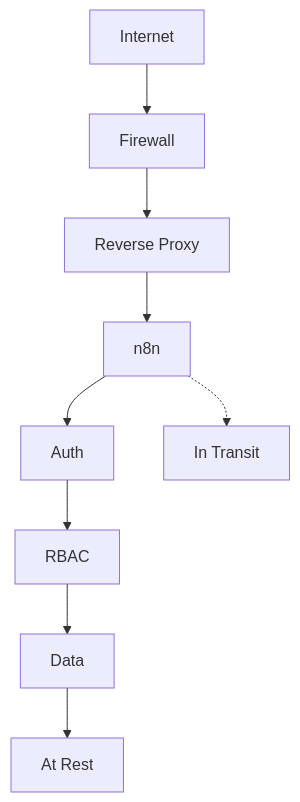
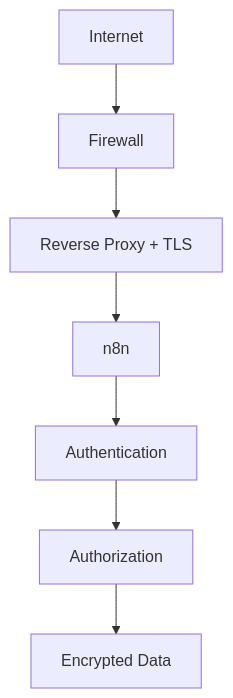
The sixth of 7 diagrams in ARCHITECTURE.md (KomarovAI/n8n-scraper-docker), drawn with Mermaid before and after one commit. The commit also changed other lines of this file, not shown here.

Commit message:
perf: optimize ARCHITECTURE.md for AI (50% reduction, keep diagrams)

````diff
--- a/ARCHITECTURE.md
+++ b/ARCHITECTURE.md
@@ -167,11 +166,9 @@
 ```mermaid
 graph TD
     Internet --> FW[Firewall]
-    FW --> LB[Reverse Proxy]
-    LB --> N8N[n8n]
-    N8N --> Auth
-    Auth --> RBAC
-    RBAC --> Data
-    Data --> Encrypt[At Rest]
-    N8N -.-> TLS[In Transit]
+    FW --> Proxy[Reverse Proxy + TLS]
+    Proxy --> N8N[n8n]
+    N8N --> Auth[Authentication]
+    Auth --> RBAC[Authorization]
+    RBAC --> Data[Encrypted Data]
 ```
````
